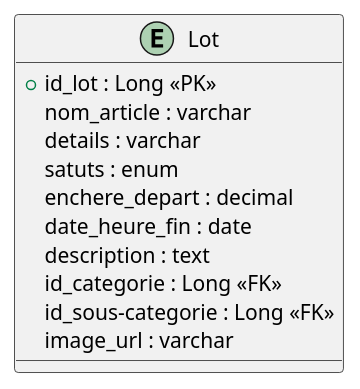
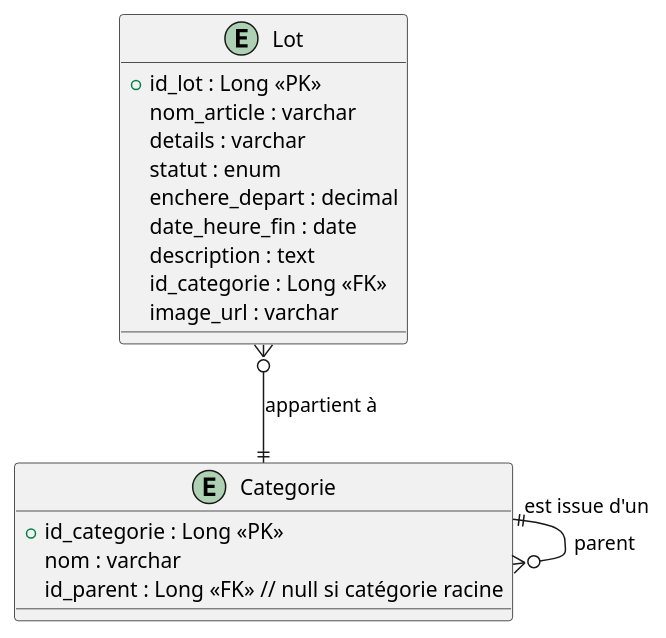
One commit to ETML-ES-LABEFE-SAM-YOAN/BACKEND changed the diagram in docs/mdl.puml. Above: the diagram before and after it, drawn with PlantUML. The commit also changed 2 other files, not shown here.

Commit message:
docs: adapt documentation for Lot and Category

```diff
--- a/docs/mdl.puml
+++ b/docs/mdl.puml
@@ -1,14 +1,22 @@
 @startuml
 entity Lot {
   + id_lot : Long <<PK>>
   nom_article : varchar
   details : varchar
-  satuts : enum
+  statut : enum
   enchere_depart : decimal
   date_heure_fin : date
   description : text
   id_categorie : Long <<FK>>
-  id_sous-categorie : Long <<FK>>
   image_url : varchar
 }
+
+entity Categorie {
+  + id_categorie : Long <<PK>>
+  nom : varchar
+  id_parent : Long <<FK>> // null si catégorie racine
+}
+
+Lot }o--|| Categorie : "appartient à"
+Categorie ||--o{ Categorie : "est issue d'un" (parent)
 @enduml
```
